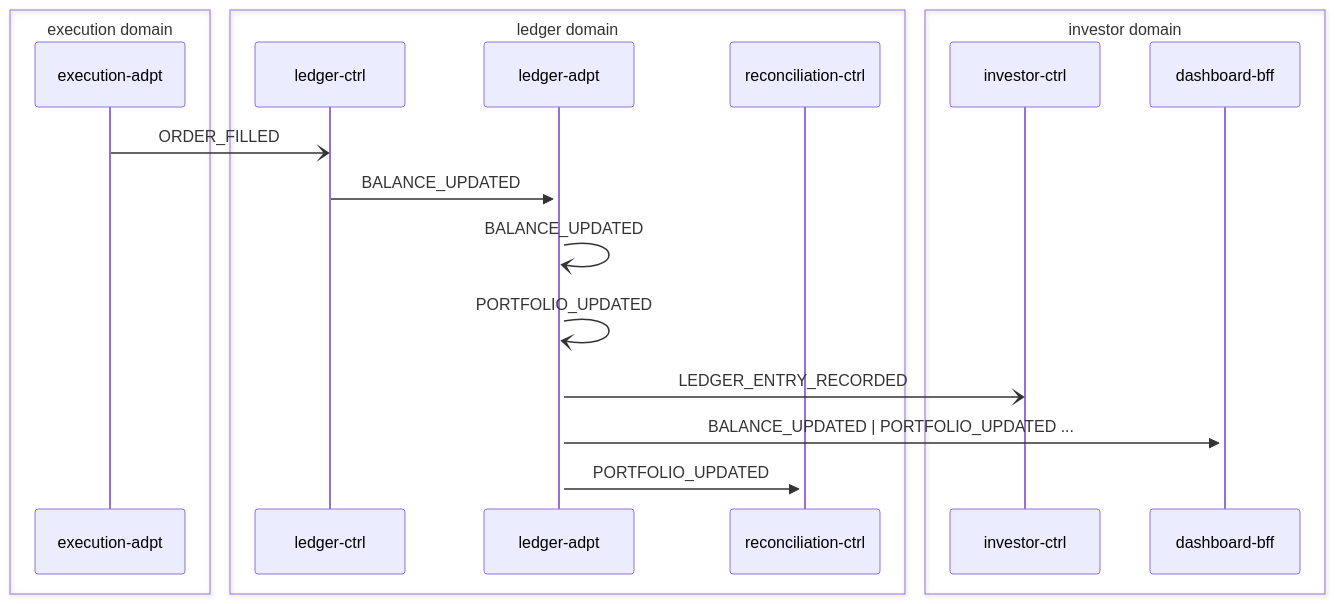
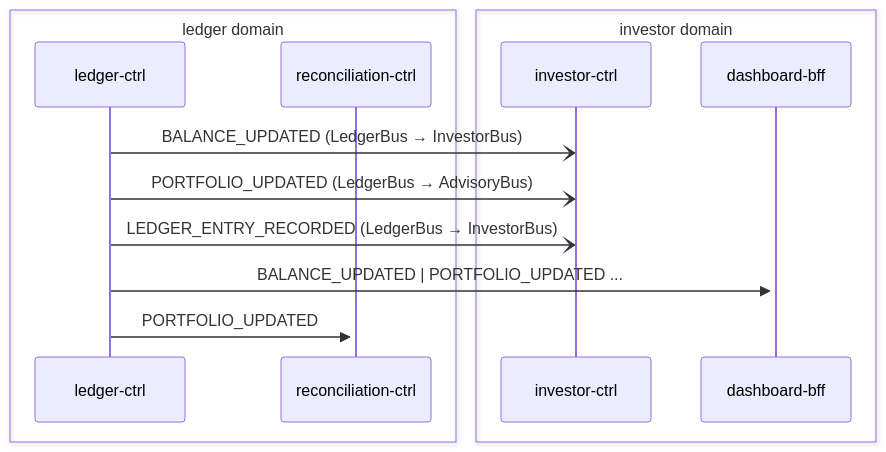
Before and after one commit to fabio-vitali/nestfolio: the second of 2 diagrams in docs/data-flows/order-ledger.md, drawn with Mermaid. The commit also changed other lines of this file and 19 other files, not shown here.

First line of the commit message:
docs(flows): update flow specs and schema for pull model adapter routing

````diff
--- a/docs/data-flows/order-ledger.md
+++ b/docs/data-flows/order-ledger.md
@@ -33,22 +27,16 @@
 ```mermaid
 sequenceDiagram
-    box execution domain
-        participant execution_adpt as execution-adpt
-    end
     box ledger domain
         participant ledger_ctrl as ledger-ctrl
-        participant ledger_adpt as ledger-adpt
         participant reconciliation_ctrl as reconciliation-ctrl
     end
     box investor domain
         participant investor_ctrl as investor-ctrl
         participant dashboard_bff as dashboard-bff
     end
-    execution_adpt-)ledger_ctrl: ORDER_FILLED
-    ledger_ctrl->>+ledger_adpt: BALANCE_UPDATED
-    ledger_adpt-)ledger_adpt: BALANCE_UPDATED
-    ledger_adpt-)ledger_adpt: PORTFOLIO_UPDATED
-    ledger_adpt-)investor_ctrl: LEDGER_ENTRY_RECORDED
-    ledger_adpt->>+dashboard_bff: BALANCE_UPDATED | PORTFOLIO_UPDATED ...
-    ledger_adpt->>+reconciliation_ctrl: PORTFOLIO_UPDATED
+    ledger_ctrl-)investor_ctrl: BALANCE_UPDATED (LedgerBus → InvestorBus)
+    ledger_ctrl-)investor_ctrl: PORTFOLIO_UPDATED (LedgerBus → AdvisoryBus)
+    ledger_ctrl-)investor_ctrl: LEDGER_ENTRY_RECORDED (LedgerBus → InvestorBus)
+    ledger_ctrl->>+dashboard_bff: BALANCE_UPDATED | PORTFOLIO_UPDATED ...
+    ledger_ctrl->>+reconciliation_ctrl: PORTFOLIO_UPDATED
 ```
````
